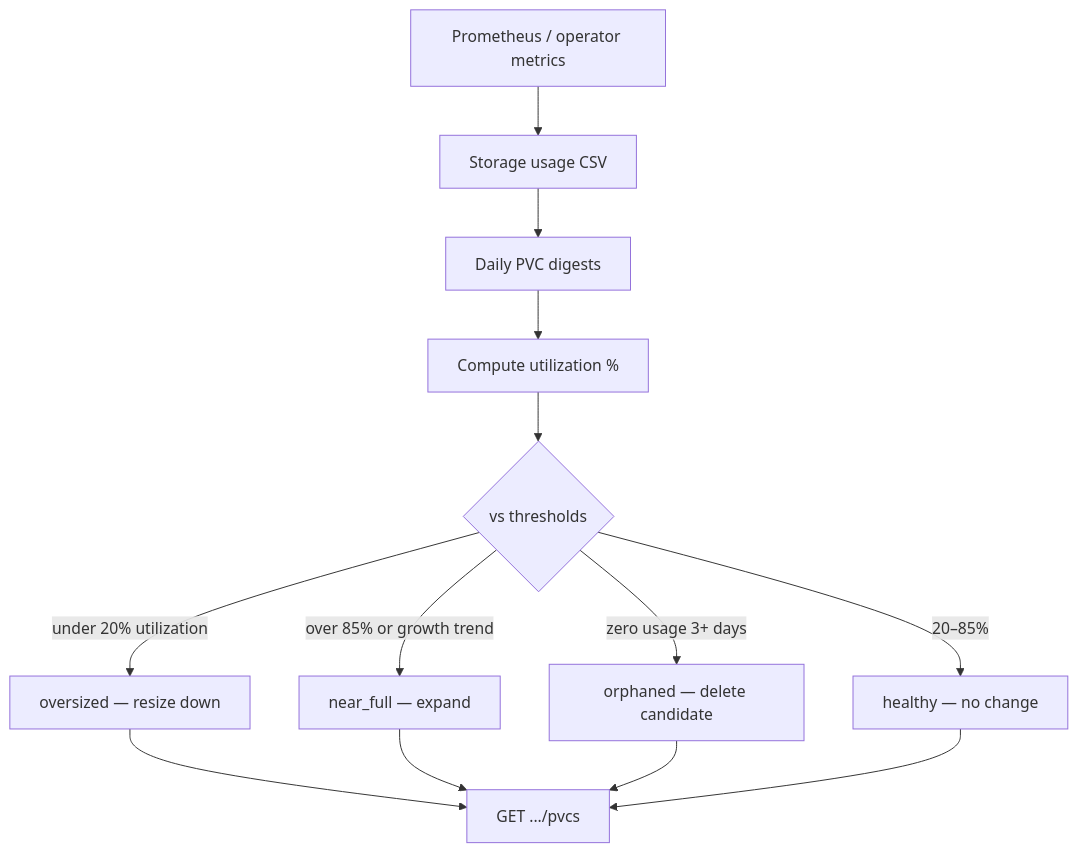
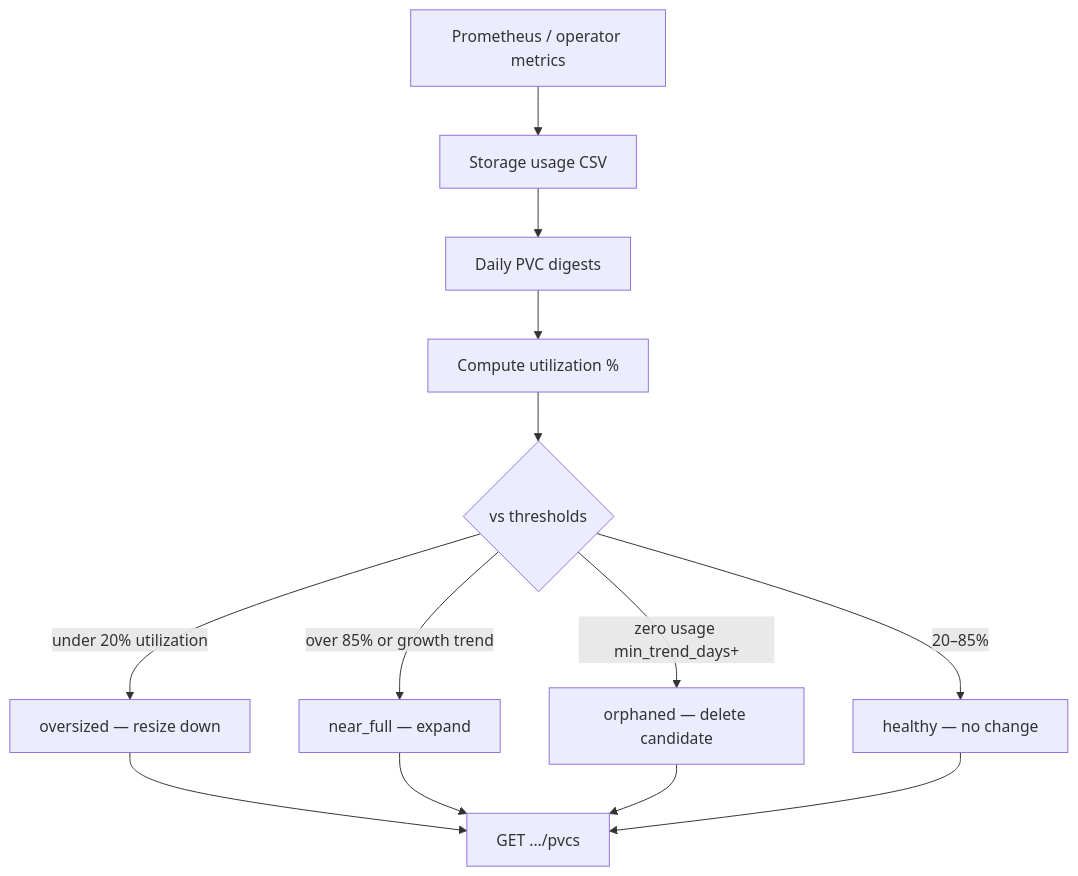
One commit to pgarciaq/ros-ocp-backend changed the diagram in docs-site/features/pvc-rightsizing.md. Above: the diagram before and after it, drawn with Mermaid. The commit also changed other lines of this file and 2 other files, not shown here.

````diff
--- a/docs-site/features/pvc-rightsizing.md
+++ b/docs-site/features/pvc-rightsizing.md
@@ -20,15 +20,15 @@
 ```mermaid
 flowchart TD
   Prom[Prometheus / operator metrics] --> CSV[Storage usage CSV]
   CSV --> Digest[Daily PVC digests]
   Digest --> Util[Compute utilization %]
   Util --> Compare{vs thresholds}
   Compare -->|under 20% utilization| Oversized[oversized — resize down]
   Compare -->|over 85% or growth trend| NearFull[near_full — expand]
-  Compare -->|zero usage 3+ days| Orphaned[orphaned — delete candidate]
+  Compare -->|zero usage min_trend_days+| Orphaned[orphaned — delete candidate]
   Compare -->|20–85%| Healthy[healthy — no change]
   Oversized --> API[GET .../pvcs]
   NearFull --> API
   Orphaned --> API
   Healthy --> API
 ```
````
